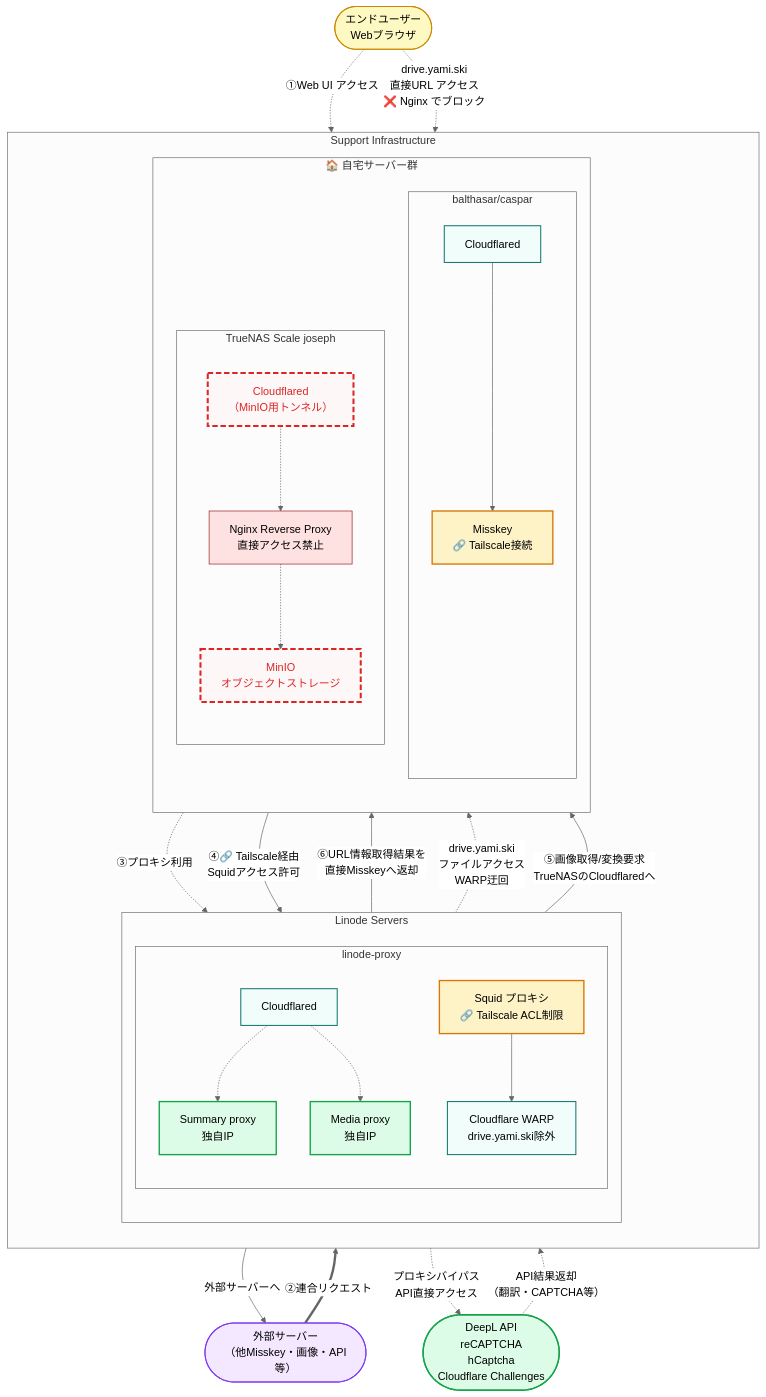
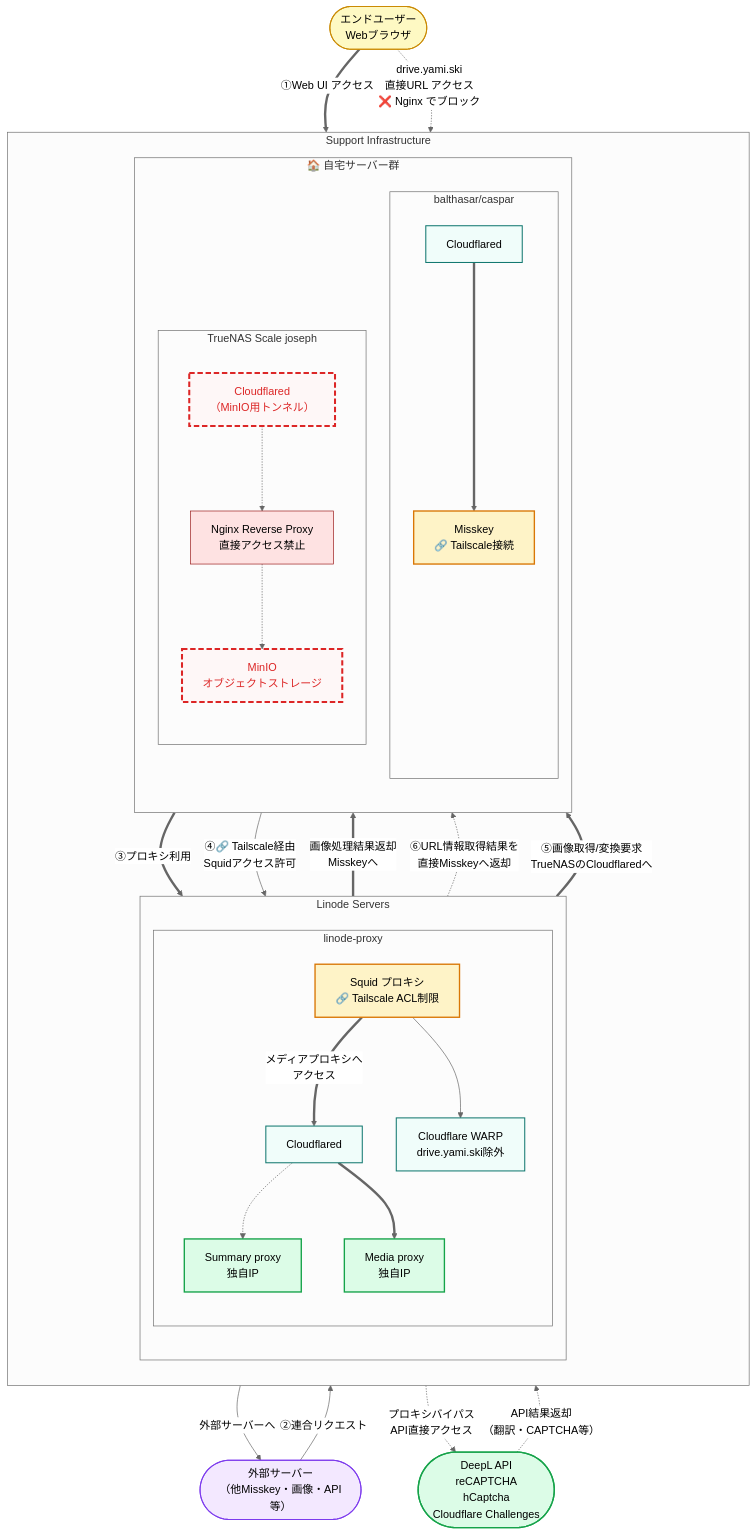
Before and after one commit to yamisskey-dev/hosted-list: the fifth of 5 diagrams in README.md, drawn with Mermaid (neutral theme).

````diff
--- a/README.md
+++ b/README.md
@@ -444,80 +444,81 @@
 ```mermaid
 graph TB
 classDef homeServer fill:#e2e8f0,stroke:#334155,stroke-width:2px
 classDef service fill:#f8fafc,stroke:#64748b,stroke-width:1px
 classDef security fill:#fee2e2,stroke:#991b1b,stroke-width:1px
 classDef cloudflare fill:#f0fdfa,stroke:#0f766e,stroke-width:1.5px
 classDef user fill:#fef9c3,stroke:#ca8a04,stroke-width:1.5px
 classDef federation fill:#f3e8ff,stroke:#7c3aed,stroke-width:1.5px
 classDef excludeHome fill:#fef7f7,stroke:#dc2626,stroke-width:3px,stroke-dasharray: 8 4,color:#dc2626
 classDef direct fill:#dcfce7,stroke:#16a34a,stroke-width:2px
 classDef tailscale fill:#fef3c7,stroke:#d97706,stroke-width:2px
 
 %% External actors
 enduser([エンドユーザー<br/>Webブラウザ]):::user
 external_servers([外部サーバー<br/>（他Misskey・画像・API等）]):::federation
 bypass_services([DeepL API<br/>reCAPTCHA<br/>hCaptcha<br/>Cloudflare Challenges]):::direct
 
 subgraph support[Support Infrastructure]
     direction TB
     
     subgraph linode[Linode Servers]
         direction TB
         subgraph proxy[linode-proxy]
             summaryproxy[Summary proxy<br/>独自IP]:::direct
             mediaproxy[Media proxy<br/>独自IP]:::direct
             squid[Squid プロキシ<br/>🔗 Tailscale ACL制限]:::tailscale
             warp[Cloudflare WARP<br/>drive.yami.ski除外]:::cloudflare
             cloudflared_p[Cloudflared]:::cloudflare
         end
     end
     
     subgraph homeservers[🏠 自宅サーバー群]
         direction TB
         subgraph balthasar_caspar[balthasar/caspar]
             yamisskey[Misskey<br/>🔗 Tailscale接続]:::tailscale
             cloudflared_bc[Cloudflared]:::cloudflare
         end
         
         subgraph truenas[TrueNAS Scale joseph]
             direction TB
             nginx_minio[Nginx Reverse Proxy<br/>直接アクセス禁止]:::security
             minio[MinIO<br/>オブジェクトストレージ]:::excludeHome
             cloudflared_home[Cloudflared<br/>（MinIO用トンネル）]:::excludeHome
         end
     end
 end
 
-%% エンドユーザーのアクセス経路
-enduser -.->|"①Web UI アクセス"| cloudflared_bc
-cloudflared_bc --> yamisskey
+%% エンドユーザーのアクセス経路（太線）
+enduser ==>|"①Web UI アクセス"| cloudflared_bc
+cloudflared_bc ==> yamisskey
 
-%% 外部サーバーからの連合リクエスト
-external_servers ==>|"②連合リクエスト"| cloudflared_bc
+%% 外部サーバーからの連合リクエスト（通常線）
+external_servers -->|"②連合リクエスト"| cloudflared_bc
 
-%% Misskeyサーバーからプロキシへの内部リクエスト
-yamisskey -.->|"③プロキシ利用"| cloudflared_p
+%% Misskeyサーバーからプロキシへの内部リクエスト（MediaProxyのみ太線）
+yamisskey ==>|"③プロキシ利用"| cloudflared_p
+cloudflared_p ==> mediaproxy
 cloudflared_p -.-> summaryproxy
-cloudflared_p -.-> mediaproxy
 
 %% === Misskeyのみ Tailscale経由でSquid使用 ===
 yamisskey -->|"④🔗 Tailscale経由<br/>Squidアクセス許可"| squid
 squid --> warp
 
 %% WARPからの分岐
 warp -->|"外部サーバーへ"| external_servers
-squid -.->|"drive.yami.ski<br/>ファイルアクセス<br/>WARP迂回"| cloudflared_home
+squid ==>|"メディアプロキシへ<br/>アクセス"| cloudflared_p
 cloudflared_home -.-> nginx_minio
 nginx_minio -.-> minio
 
-%% === MediaProxy・SummaryProxy のルート修正（インターネットノード撤去） ===
-mediaproxy -->|"⑤画像取得/変換要求<br/>TrueNASのCloudflaredへ"| cloudflared_home
-summaryproxy -->|"⑥URL情報取得結果を<br/>直接Misskeyへ返却"| yamisskey
+%% === MediaProxy・SummaryProxy のルート修正（MediaProxyのみ太線） ===
+mediaproxy ==>|"⑤画像取得/変換要求<br/>TrueNASのCloudflaredへ"| cloudflared_home
+mediaproxy ==>|"画像処理結果返却<br/>Misskeyへ"| yamisskey
+summaryproxy -.->|"⑥URL情報取得結果を<br/>直接Misskeyへ返却"| yamisskey
 
 %% プロキシバイパス対象（特定APIサービス）
 yamisskey -.->|"プロキシバイパス<br/>API直接アクセス"| bypass_services
 bypass_services -.->|"API結果返却<br/>（翻訳・CAPTCHA等）"| yamisskey
 
 %% 直接URLアクセス（ブロック）
 enduser -.->|"drive.yami.ski<br/>直接URL アクセス<br/>❌ Nginx でブロック"| cloudflared_home
 ```
````
